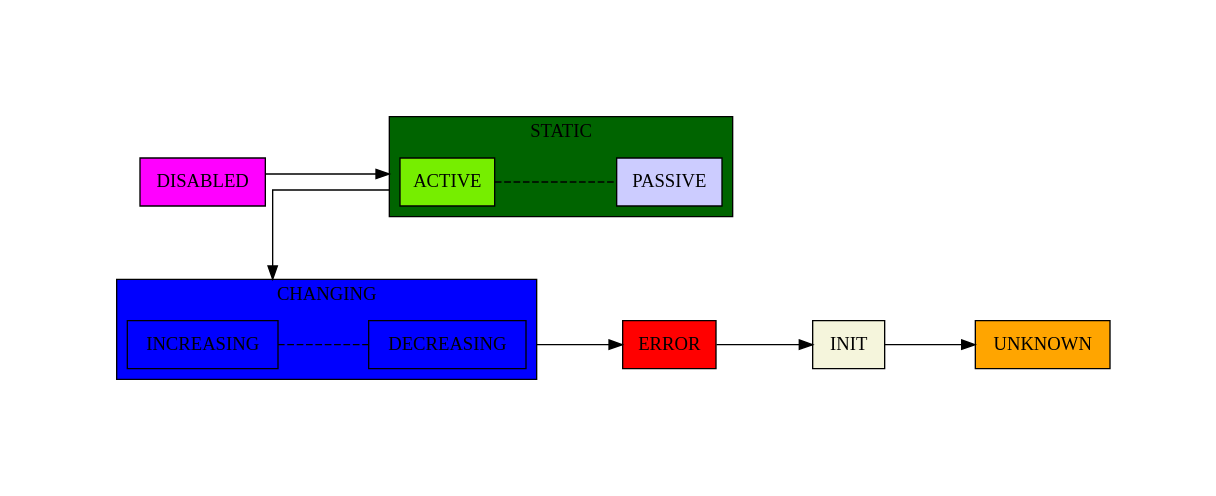
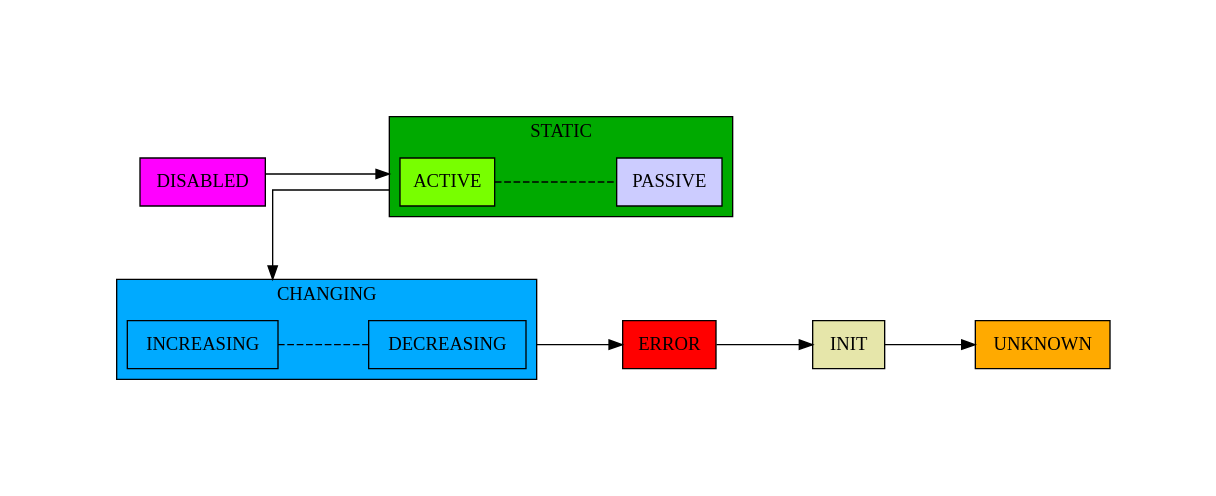
Diagram 14 of 18 in doc/concepts/states.rst (European-XFEL/Karabo), drawn with Graphviz before and after one commit. The commit also changed other lines of this file, not shown here.

```diff
--- a/doc/concepts/states.rst
+++ b/doc/concepts/states.rst
@@ -301,20 +342,20 @@
         [
             shape = box
             style = filled
-            fillcolor = magenta
+            fillcolor = "#FF00FF"
             label = "DISABLED"
         ]
 
         subgraph cluster0 {
             label = "STATIC";
             style = filled
-            fillcolor = darkgreen
+            fillcolor = "#00AA00"
 
             active
             [
                 shape = box
                 style = filled
-                fillcolor = chartreuse2
+                fillcolor = "#78FF00"
                 label = "ACTIVE"
             ]
 
@@ -333,13 +374,13 @@
         subgraph cluster1 {
             label = "CHANGING";
             style = filled
-            fillcolor = blue
+            fillcolor = "#00AAFF"
 
             increasing
             [
                 shape = box
                 style = filled
-                fillcolor = blue
+                fillcolor = "#00AAFF"
                 label = "INCREASING"
             ]
 
@@ -347,7 +388,7 @@
             [
                 shape = box
                 style = filled
-                fillcolor = blue
+                fillcolor = "#00AAFF"
                 label = "DECREASING"
             ]
 
@@ -359,7 +400,7 @@
         [
             shape = box
             style = filled
-            fillcolor = beige
+            fillcolor = "#E6E6AA"
             label = "INIT"
         ]
 
@@ -375,7 +416,7 @@
         [
             shape = box
             style = filled
-            fillcolor = orange
+            fillcolor = "#FFAA00"
             label = "UNKNOWN"
         ]
 
```
